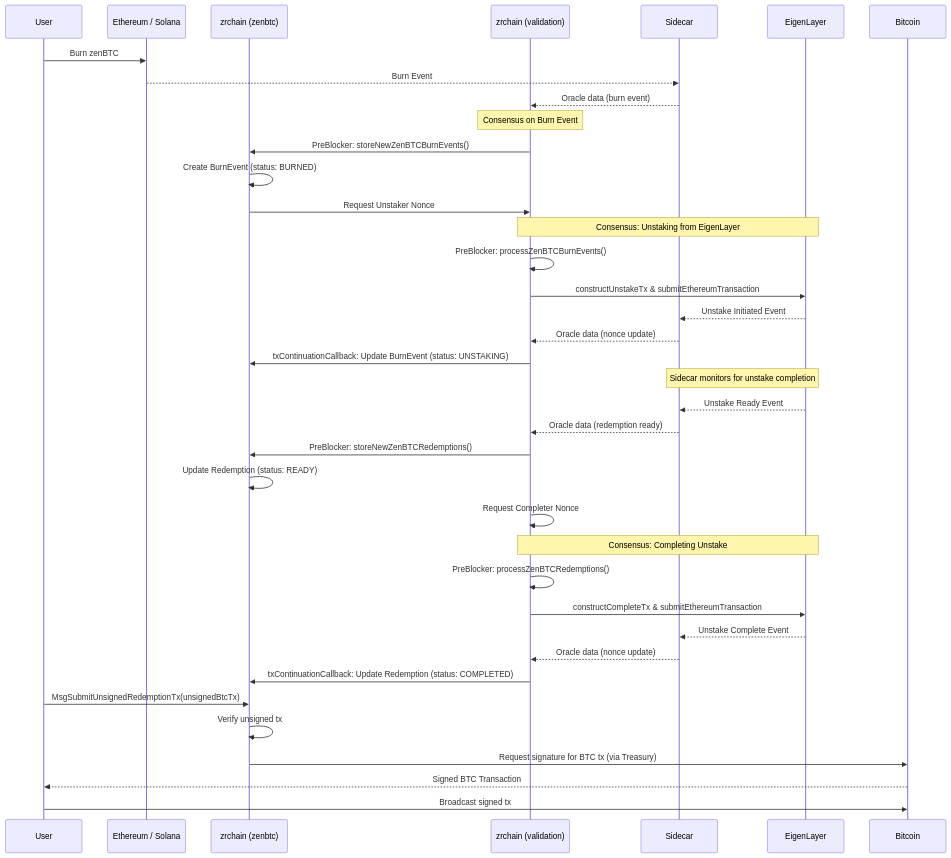
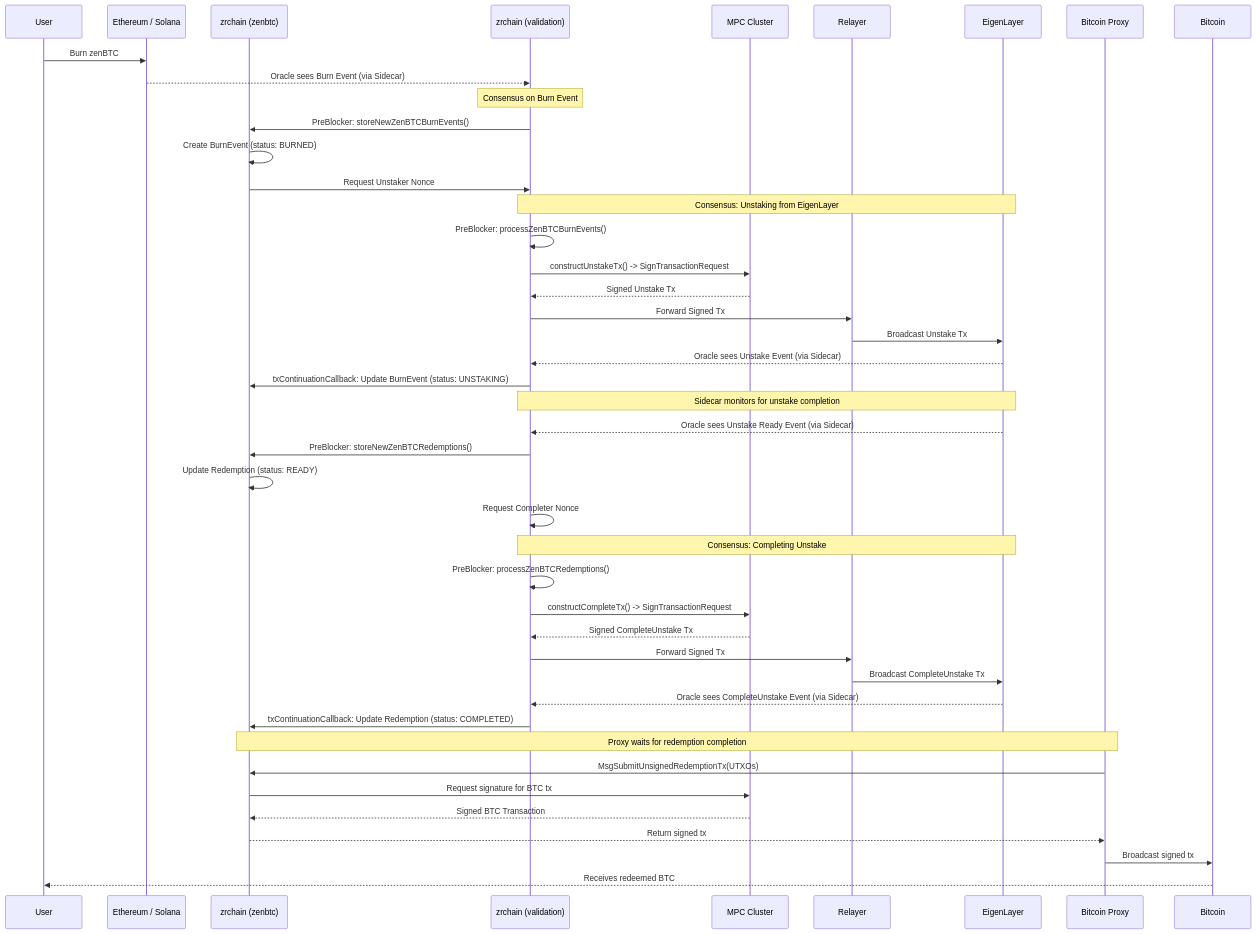
The second of 4 diagrams in docs/README.md (zenrocklabs/zrchain), drawn with Mermaid before and after one commit. The commit also changed other lines of this file, not shown here.

````diff
--- a/docs/README.md
+++ b/docs/README.md
@@ -64,47 +73,52 @@
 ```mermaid
 sequenceDiagram
     participant User
     participant DestinationChain as Ethereum / Solana
     participant zrchain as zrchain (zenbtc)
     participant zrchain_val as zrchain (validation)
-    participant Sidecar
+    participant MPC Cluster
+    participant Relayer
     participant EigenLayer
+    participant Bitcoin Proxy
     participant Bitcoin
 
     User->>DestinationChain: Burn zenBTC
-    DestinationChain-->>Sidecar: Burn Event
-    Sidecar-->>zrchain_val: Oracle data (burn event)
+    DestinationChain-->>zrchain_val: Oracle sees Burn Event (via Sidecar)
 
     Note over zrchain_val: Consensus on Burn Event
     zrchain_val->>zrchain: PreBlocker: storeNewZenBTCBurnEvents()
     zrchain->>zrchain: Create BurnEvent (status: BURNED)
     zrchain->>zrchain_val: Request Unstaker Nonce
 
     Note over zrchain_val,EigenLayer: Consensus: Unstaking from EigenLayer
     zrchain_val->>zrchain_val: PreBlocker: processZenBTCBurnEvents()
-    zrchain_val->>EigenLayer: constructUnstakeTx & submitEthereumTransaction
-    EigenLayer-->>Sidecar: Unstake Initiated Event
-    Sidecar-->>zrchain_val: Oracle data (nonce update)
+    zrchain_val->>MPC Cluster: constructUnstakeTx() -> SignTransactionRequest
+    MPC Cluster-->>zrchain_val: Signed Unstake Tx
+    zrchain_val->>Relayer: Forward Signed Tx
+    Relayer->>EigenLayer: Broadcast Unstake Tx
+    EigenLayer-->>zrchain_val: Oracle sees Unstake Event (via Sidecar)
     zrchain_val->>zrchain: txContinuationCallback: Update BurnEvent (status: UNSTAKING)
 
-    Note over Sidecar,EigenLayer: Sidecar monitors for unstake completion
-    EigenLayer-->>Sidecar: Unstake Ready Event
-    Sidecar-->>zrchain_val: Oracle data (redemption ready)
-
+    Note over zrchain_val,EigenLayer: Sidecar monitors for unstake completion
+    EigenLayer-->>zrchain_val: Oracle sees Unstake Ready Event (via Sidecar)
     zrchain_val->>zrchain: PreBlocker: storeNewZenBTCRedemptions()
     zrchain->>zrchain: Update Redemption (status: READY)
     zrchain_val->>zrchain_val: Request Completer Nonce
 
     Note over zrchain_val,EigenLayer: Consensus: Completing Unstake
     zrchain_val->>zrchain_val: PreBlocker: processZenBTCRedemptions()
-    zrchain_val->>EigenLayer: constructCompleteTx & submitEthereumTransaction
-    EigenLayer-->>Sidecar: Unstake Complete Event
-    Sidecar-->>zrchain_val: Oracle data (nonce update)
+    zrchain_val->>MPC Cluster: constructCompleteTx() -> SignTransactionRequest
+    MPC Cluster-->>zrchain_val: Signed CompleteUnstake Tx
+    zrchain_val->>Relayer: Forward Signed Tx
+    Relayer->>EigenLayer: Broadcast CompleteUnstake Tx
+    EigenLayer-->>zrchain_val: Oracle sees CompleteUnstake Event (via Sidecar)
     zrchain_val->>zrchain: txContinuationCallback: Update Redemption (status: COMPLETED)
 
-    User->>zrchain: MsgSubmitUnsignedRedemptionTx(unsignedBtcTx)
-    zrchain->>zrchain: Verify unsigned tx
-    zrchain->>Bitcoin: Request signature for BTC tx (via Treasury)
-    Bitcoin-->>User: Signed BTC Transaction
-    User->>Bitcoin: Broadcast signed tx
+    Note over Bitcoin Proxy, zrchain: Proxy waits for redemption completion
+    Bitcoin Proxy->>zrchain: MsgSubmitUnsignedRedemptionTx(UTXOs)
+    zrchain->>MPC Cluster: Request signature for BTC tx
+    MPC Cluster-->>zrchain: Signed BTC Transaction
+    zrchain-->>Bitcoin Proxy: Return signed tx
+    Bitcoin Proxy->>Bitcoin: Broadcast signed tx
+    Bitcoin-->>User: Receives redeemed BTC
 ```
````
